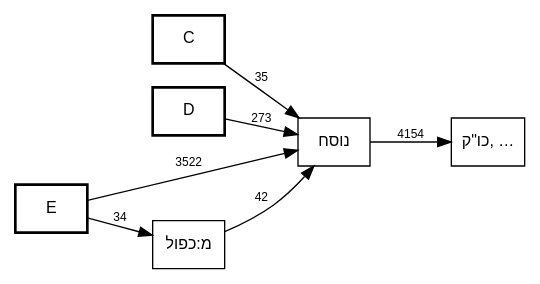
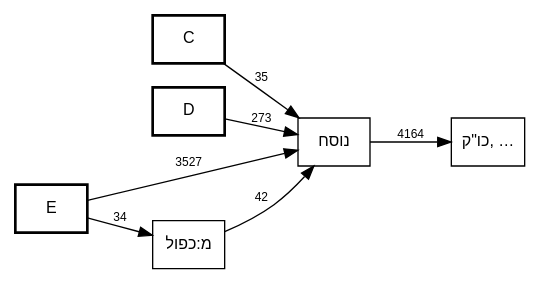
Before and after one commit to bdenckla/MAM-basics: the diagram in out/MAM-tmpl-survey/plus-nusach-call-graph.dot, drawn with Graphviz. The commit also changed 12 other files, not shown here.

```diff
--- a/out/MAM-tmpl-survey/plus-nusach-call-graph.dot
+++ b/out/MAM-tmpl-survey/plus-nusach-call-graph.dot
@@ -1,60 +1,60 @@
 digraph template_call_graph {
     rankdir=LR;
     node [fontname="SBL Hebrew,Helvetica", fontsize=12];
     edge [fontname="Helvetica", fontsize=9];
 
     // Column nodes
     node [shape=box, style=bold];
     "C";
     "D";
     "E";
 
     // Template nodes
     node [shape=box, style=""];
     "כו\"ק" [label="כו\"ק, …", tooltip="כו\"ק
 כתיב ולא קרי
 מ:אות-מיוחדת-במילה
 מ:אין פרשה בתחילת פרק
 מ:אין פרשה בתחילת פרק בספרי אמ\"ת
 מ:דחי
 מ:הערה-2
 מ:כו\"ק בין שני מקפים
 מ:כו\"ק כתיב מילה חדה וקרי תרתין מילין
 מ:כו\"ק כתיב מילה חדה וקרי תרתין מילין בין שני מקפים
 מ:כו\"ק כתיב תרתין מילין וקרי מילה חדה
 מ:כו\"ק קרי שונה מהכתיב בשתי מילים
 מ:כו\"ק של שלוש מילים בהערה אחת
 מ:כו\"ק של שתי מילים בהערה אחת
 מ:לגרמיה-2
 מ:מקף אפור
 מ:נו\"ן הפוכה
 מ:פסוק
 מ:פסק
 מ:צינור
 מ:קו\"כ כתיב מילה חדה וקרי תרתין מילין
 מ:קו\"כ קרי שונה מהכתיב בשתי מילים
 מ:קישור בהערה
 מ:קישור פנימי בהערה
 מ:קמץ
 מודגש
 סס
 ססס
 פפ
 פפפ
 קו\"כ
 קו\"כ-אם
 קרי ולא כתיב
 ר0
 ר1
 ר3
 ר4
 ש"];
 
     // Edges
     "C" -> "נוסח" [label="35"];
     "D" -> "נוסח" [label="273"];
     "E" -> "מ:כפול" [label="34"];
-    "E" -> "נוסח" [label="3522"];
+    "E" -> "נוסח" [label="3527"];
     "מ:כפול" -> "נוסח" [label="42"];
-    "נוסח" -> "כו\"ק" [label="4154"];
+    "נוסח" -> "כו\"ק" [label="4164"];
 }
```
